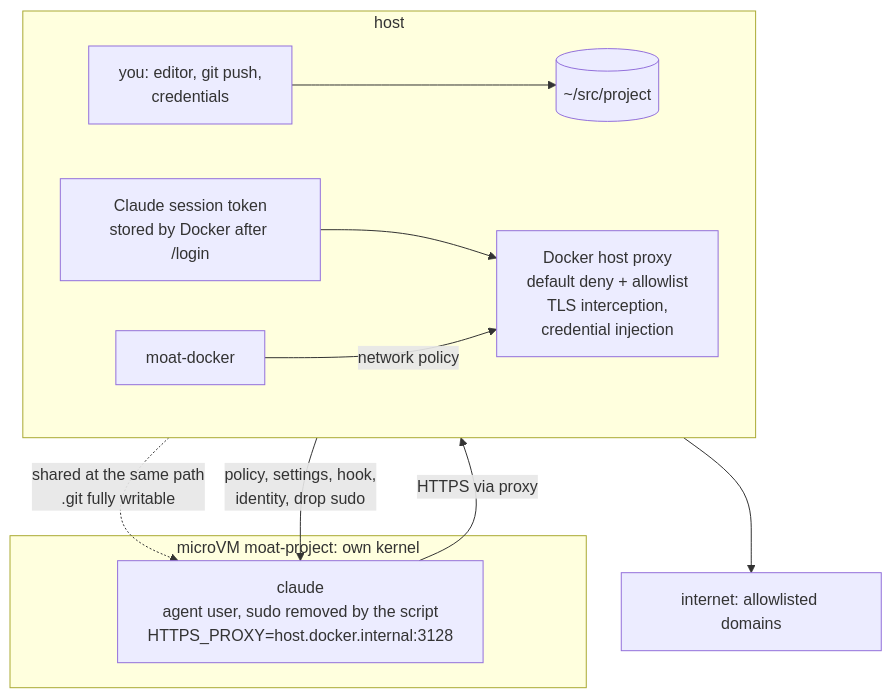
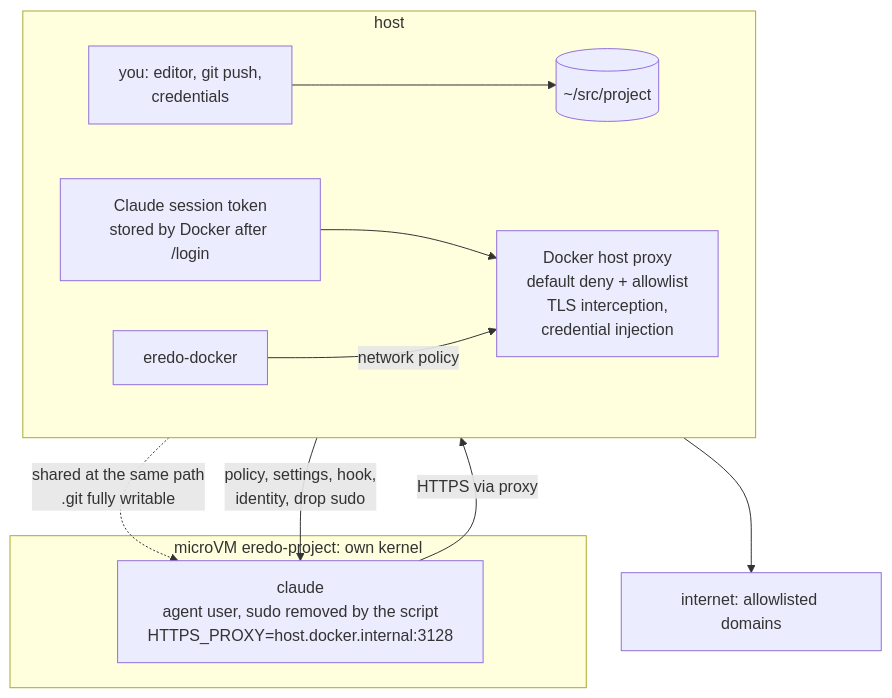
Before and after one commit to marhaasa/eredo: the second of 7 diagrams in ARCHITECTURE.md, drawn with Mermaid. The commit also changed other lines of this file and 30 other files, not shown here.

````diff
--- a/ARCHITECTURE.md
+++ b/ARCHITECTURE.md
@@ -52,22 +55,22 @@
 ```mermaid
 flowchart TB
   subgraph host["host"]
     direction LR
     you["you: editor, git push,<br/>credentials"]
     repo[("~/src/project")]
     cred["Claude session token<br/>stored by Docker after /login"]
     dproxy["Docker host proxy<br/>default deny + allowlist<br/>TLS interception,<br/>credential injection"]
-    script["moat-docker"]
+    script["eredo-docker"]
     you --> repo
     cred --> dproxy
   end
-  subgraph mvm["microVM moat-project: own kernel"]
+  subgraph mvm["microVM eredo-project: own kernel"]
     agent["claude<br/>agent user, sudo removed by the script<br/>HTTPS_PROXY=host.docker.internal:3128"]
   end
   net["internet: allowlisted domains"]
   repo -. "shared at the same path<br/>.git fully writable" .-> agent
   script -- "policy, settings, hook,<br/>identity, drop sudo" --> agent
   script -- "network policy" --> dproxy
   agent -- "HTTPS via proxy" --> dproxy
   dproxy --> net
 ```
````
